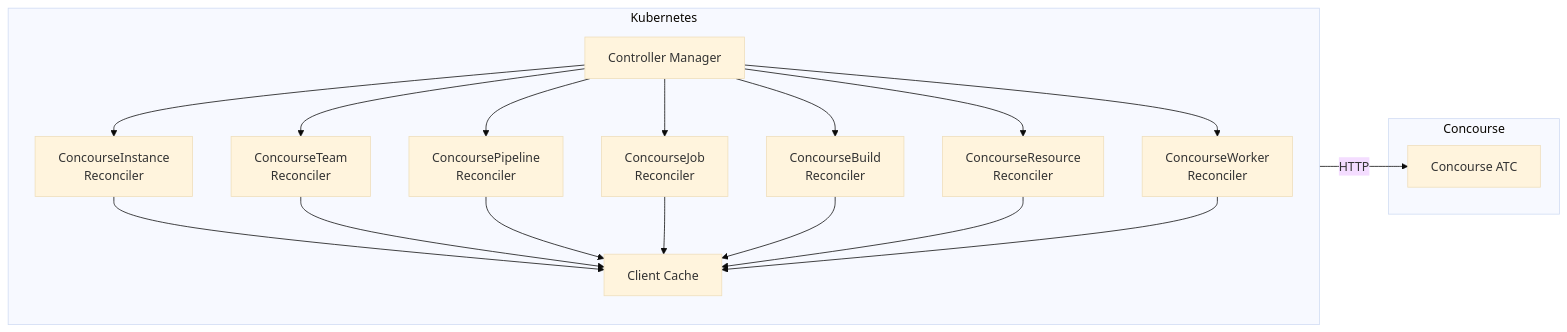
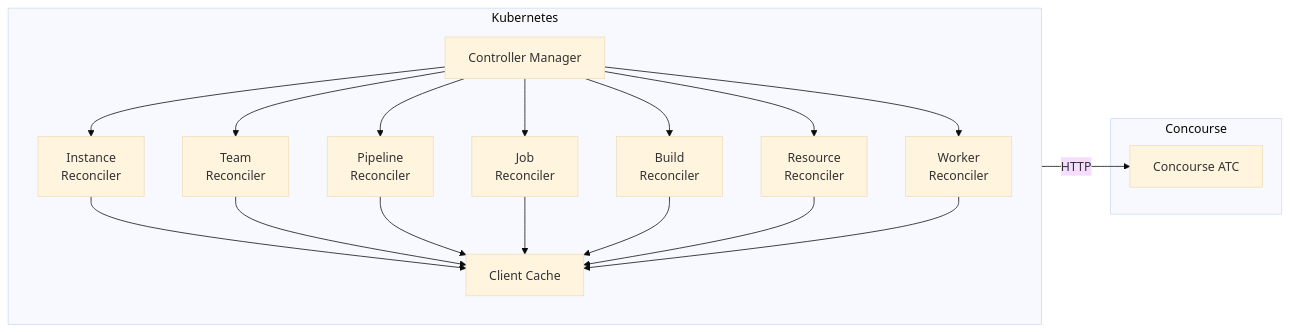
One commit to jakobmoellerdev/concourse-operator changed the first of 2 diagrams in docs/architecture/index.md. Above: the diagram before and after it, drawn with Mermaid (base theme). The commit also changed other lines of this file and 19 other files, not shown here.

````diff
--- a/docs/architecture/index.md
+++ b/docs/architecture/index.md
@@ -7,26 +7,26 @@
 ```mermaid
 graph LR
   subgraph Kubernetes
     direction TB
     CM[Controller Manager]
-    CM --> R1[ConcourseInstance\nReconciler]
-    CM --> R2[ConcourseTeam\nReconciler]
-    CM --> R3[ConcoursePipeline\nReconciler]
-    CM --> R4[ConcourseJob\nReconciler]
-    CM --> R5[ConcourseBuild\nReconciler]
-    CM --> R6[ConcourseResource\nReconciler]
-    CM --> R7[ConcourseWorker\nReconciler]
+    CM --> R1[Instance\nReconciler]
+    CM --> R2[Team\nReconciler]
+    CM --> R3[Pipeline\nReconciler]
+    CM --> R4[Job\nReconciler]
+    CM --> R5[Build\nReconciler]
+    CM --> R6[Resource\nReconciler]
+    CM --> R7[Worker\nReconciler]
     CC[Client Cache]
     R1 --> CC
     R2 --> CC
     R3 --> CC
     R4 --> CC
     R5 --> CC
     R6 --> CC
     R7 --> CC
   end
   subgraph Concourse
     ATC[Concourse ATC]
   end
   CC -->|HTTP| ATC
 ```
````
